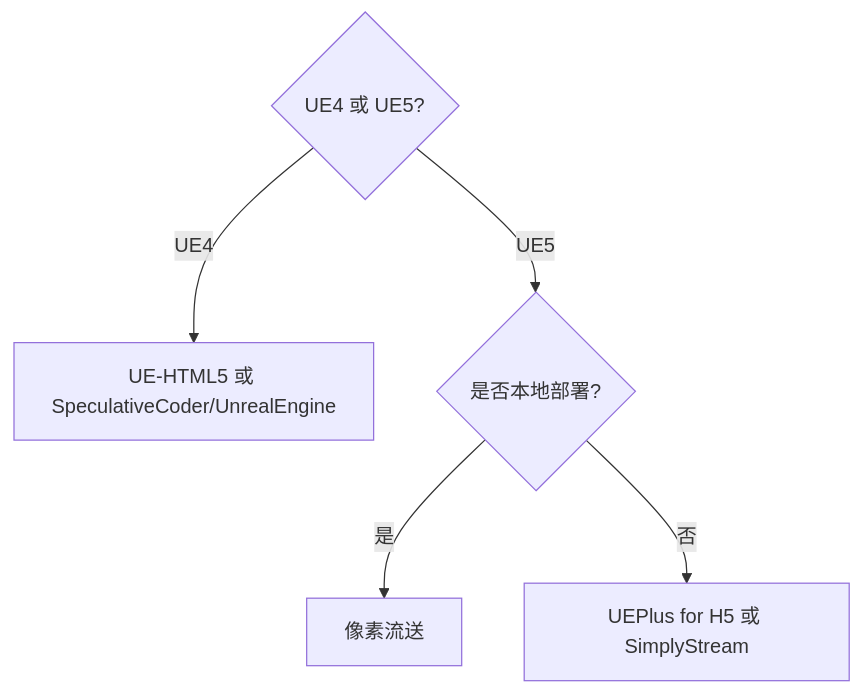
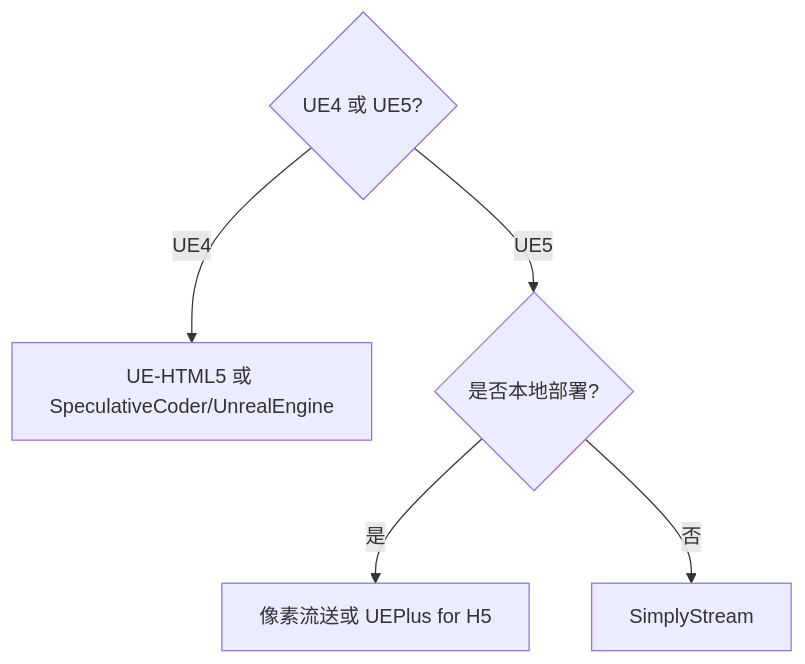
The diagram in docs/其他/UE5_使用_WebGPU_的可行性分析.md (ShenMian/notes), drawn with Mermaid before and after one commit. The commit also changed other lines of this file, not shown here.

````diff
--- a/docs/其他/UE5_使用_WebGPU_的可行性分析.md
+++ b/docs/其他/UE5_使用_WebGPU_的可行性分析.md
@@ -113,8 +113,8 @@
 ```mermaid
 %% 方案选择决策流程图
 flowchart TD
     A{UE4 或 UE5?} -->|UE4| B[UE-HTML5 或 SpeculativeCoder/UnrealEngine]
     A -->|UE5| C{是否本地部署?}
-    C -->|是| D[像素流送]
-    C -->|否| E[UEPlus for H5 或 SimplyStream]
+    C -->|是| D[像素流送或 UEPlus for H5]
+    C -->|否| E[SimplyStream]
 ```
````
